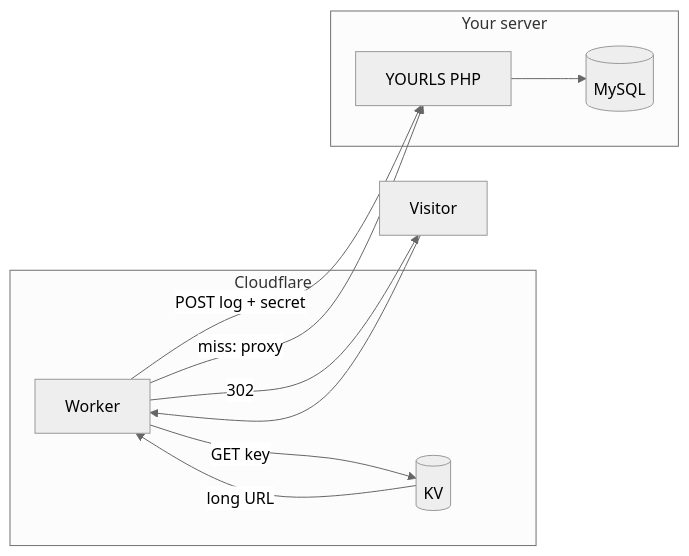
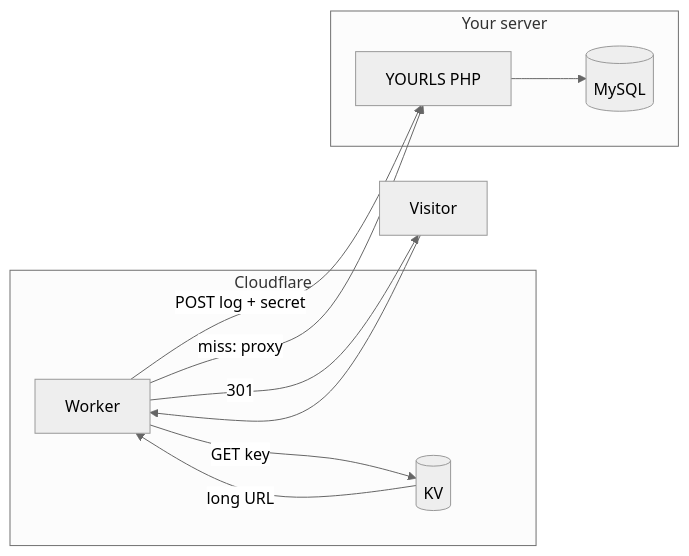
Before and after one commit to abdulaqil5/yourls-cloudflare-kv-sync: the diagram in README.md, drawn with Mermaid (neutral theme). The commit also changed other lines of this file and 3 other files, not shown here.

````diff
--- a/README.md
+++ b/README.md
@@ -17,18 +17,18 @@
 ```mermaid
 flowchart LR
   subgraph cf [Cloudflare]
     W[Worker]
     KV[(KV)]
   end
   subgraph origin [Your server]
     Y[YOURLS PHP]
     DB[(MySQL)]
   end
   U[Visitor] --> W
   W -->|GET key| KV
   KV -->|long URL| W
   W -->|POST log + secret| Y
-  W -->|302| U
+  W -->|301| U
   W -->|miss: proxy| Y
   Y --> DB
 ```
````
